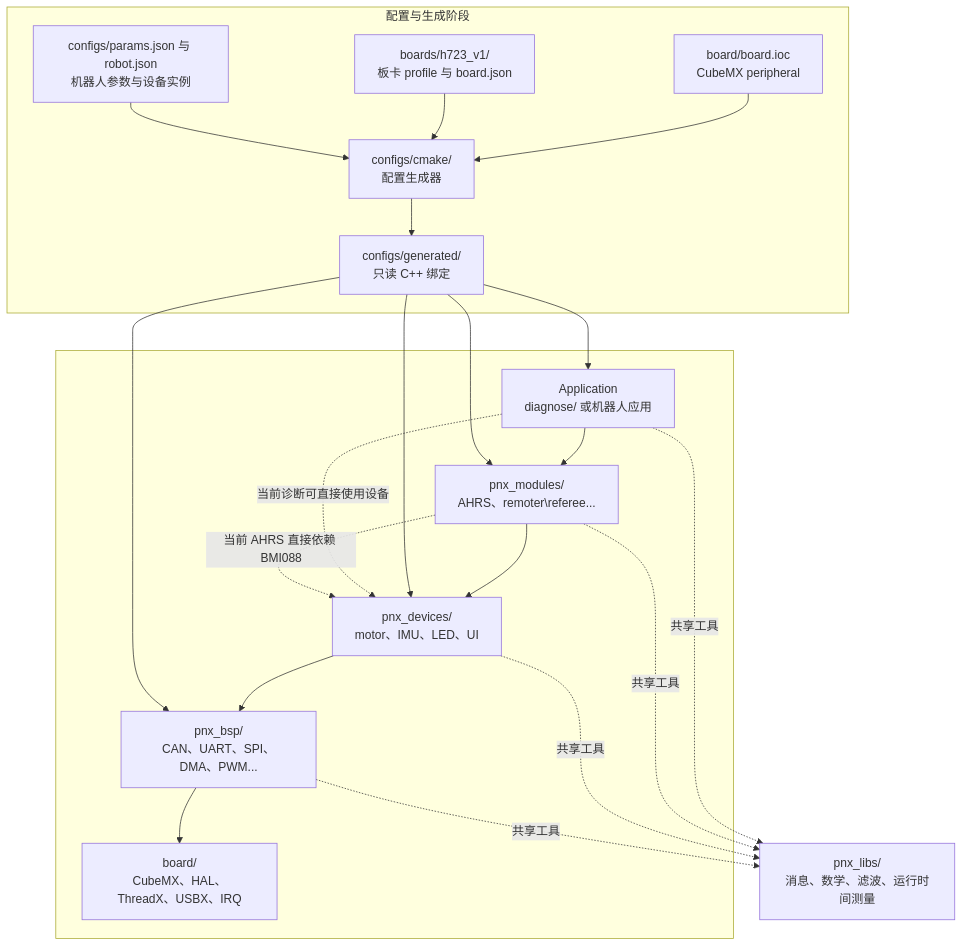
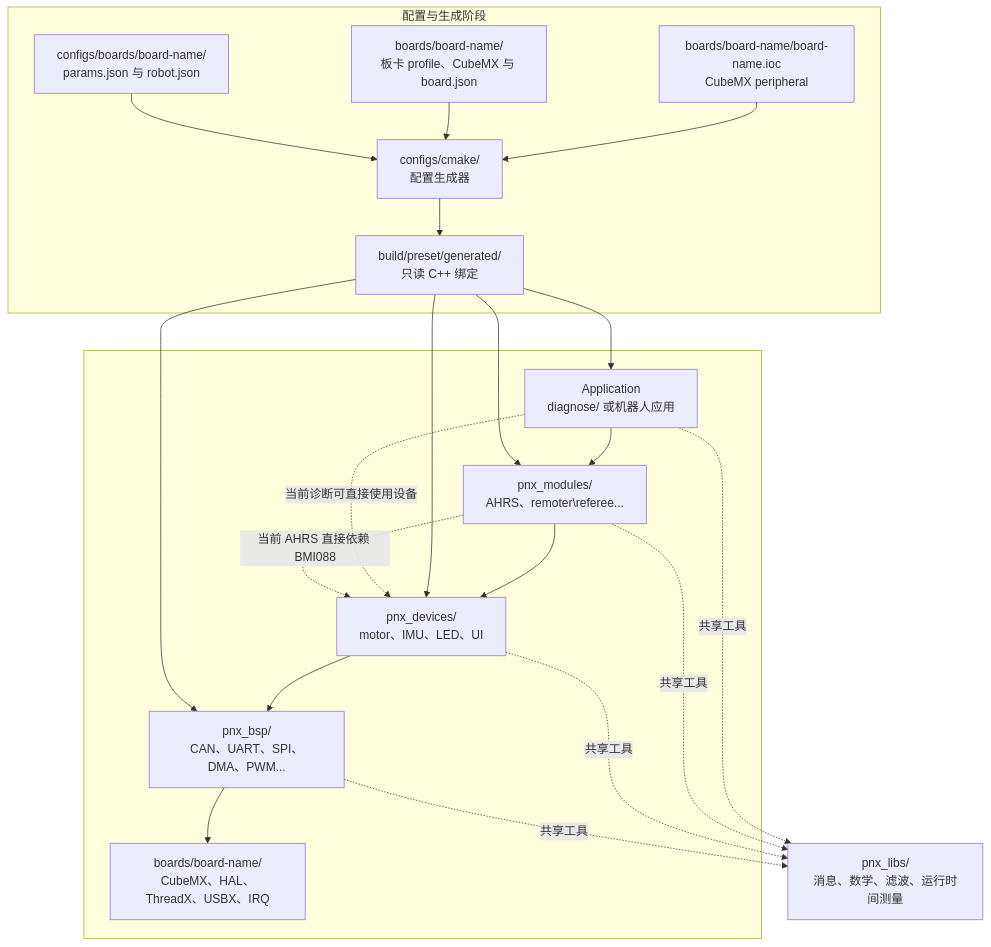
The diagram in docs/project-structure.md (Aeskyrr17/pnx-framework-docs), drawn with Mermaid before and after one commit. The commit also changed other lines of this file and 21 other files, not shown here.

Commit message:
docs: update dual-board architecture and workflow

````diff
--- a/docs/project-structure.md
+++ b/docs/project-structure.md
@@ -18,42 +18,42 @@
 ```mermaid
 flowchart TB
     subgraph Config[配置与生成阶段]
-        IOC[board/board.ioc\nCubeMX peripheral]
-        BoardProfile[boards/h723_v1/\n板卡 profile 与 board.json]
-        RobotConfig[configs/params.json 与 robot.json\n机器人参数与设备实例]
+        IOC[boards/board-name/board-name.ioc\nCubeMX peripheral]
+        BoardProfile[boards/board-name/\n板卡 profile、CubeMX 与 board.json]
+        RobotConfig[configs/boards/board-name/\nparams.json 与 robot.json]
         Generator[configs/cmake/\n配置生成器]
-        Generated[configs/generated/\n只读 C++ 绑定]
+        Generated[build/preset/generated/\n只读 C++ 绑定]
 
         IOC --> Generator
         BoardProfile --> Generator
         RobotConfig --> Generator
         Generator --> Generated
     end
 
     subgraph Runtime[ ]
         App[Application\ndiagnose/ 或机器人应用]
         Modules[pnx_modules/\nAHRS、remoter\referee...]
         Devices[pnx_devices/\nmotor、IMU、LED、UI]
         BSP[pnx_bsp/\nCAN、UART、SPI、DMA、PWM...]
-        Board[board/\nCubeMX、HAL、ThreadX、USBX、IRQ]
+        Board[boards/board-name/\nCubeMX、HAL、ThreadX、USBX、IRQ]
 
         App --> Modules
         Modules --> Devices
         Devices --> BSP
         BSP --> Board
     end
 
     Generated --> App
     Generated --> Modules
     Generated --> Devices
     Generated --> BSP
 
     Libs[pnx_libs/\n消息、数学、滤波、运行时间测量]
     App -. 共享工具 .-> Libs
     Modules -. 共享工具 .-> Libs
     Devices -. 共享工具 .-> Libs
     BSP -. 共享工具 .-> Libs
 
     App -. 当前诊断可直接使用设备 .-> Devices
     Modules -. 当前 AHRS 直接依赖 BMI088 .-> Devices
 ```
````
